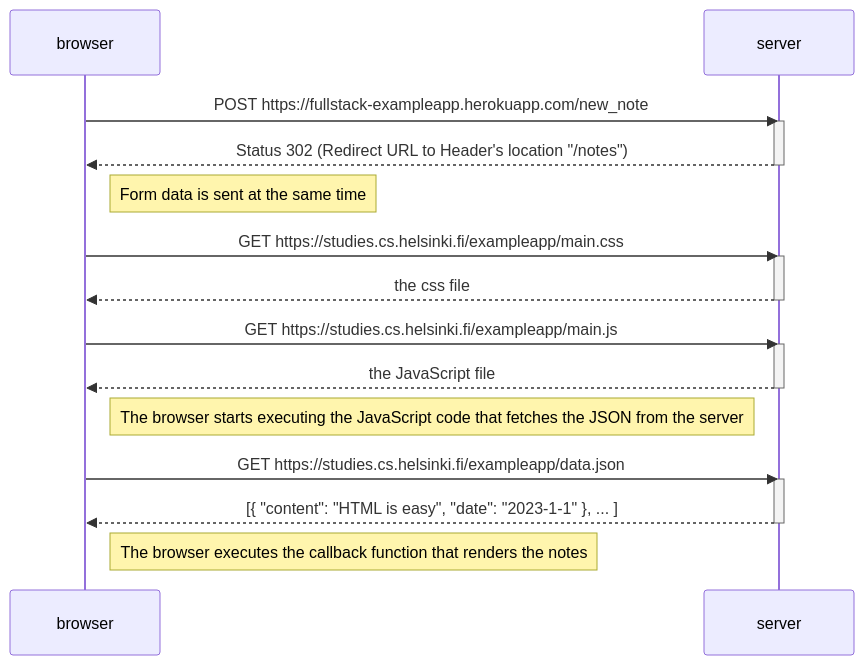
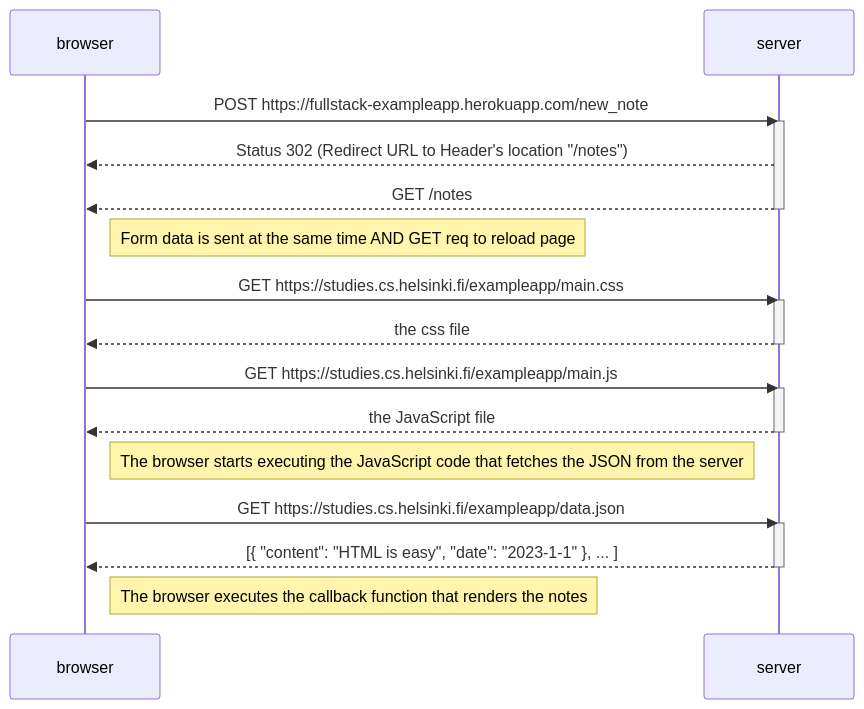
One commit to tokisuno/fullstackopen changed the diagram in part0/04_diagram.md. Above: the diagram before and after it, drawn with Mermaid.

Commit message:
more comments

````diff
--- a/part0/04_diagram.md
+++ b/part0/04_diagram.md
@@ -2,32 +2,33 @@
 ```mermaid
 sequenceDiagram
     participant browser
     participant server
 
     browser->>server: POST https://fullstack-exampleapp.herokuapp.com/new_note
     activate server
     server-->>browser: Status 302 (Redirect URL to Header's location "/notes")
+    server-->>browser: GET /notes
     deactivate server
 
-    Note right of browser: Form data is sent at the same time
+    Note right of browser: Form data is sent at the same time AND GET req to reload page
 
     browser->>server: GET https://studies.cs.helsinki.fi/exampleapp/main.css
     activate server
     server-->>browser: the css file
     deactivate server
 
     browser->>server: GET https://studies.cs.helsinki.fi/exampleapp/main.js
     activate server
     server-->>browser: the JavaScript file
     deactivate server
 
     Note right of browser: The browser starts executing the JavaScript code that fetches the JSON from the server
 
     browser->>server: GET https://studies.cs.helsinki.fi/exampleapp/data.json
     activate server
     server-->>browser: [{ "content": "HTML is easy", "date": "2023-1-1" }, ... ]
     deactivate server
 
     Note right of browser: The browser executes the callback function that renders the notes
 
 ```
````
